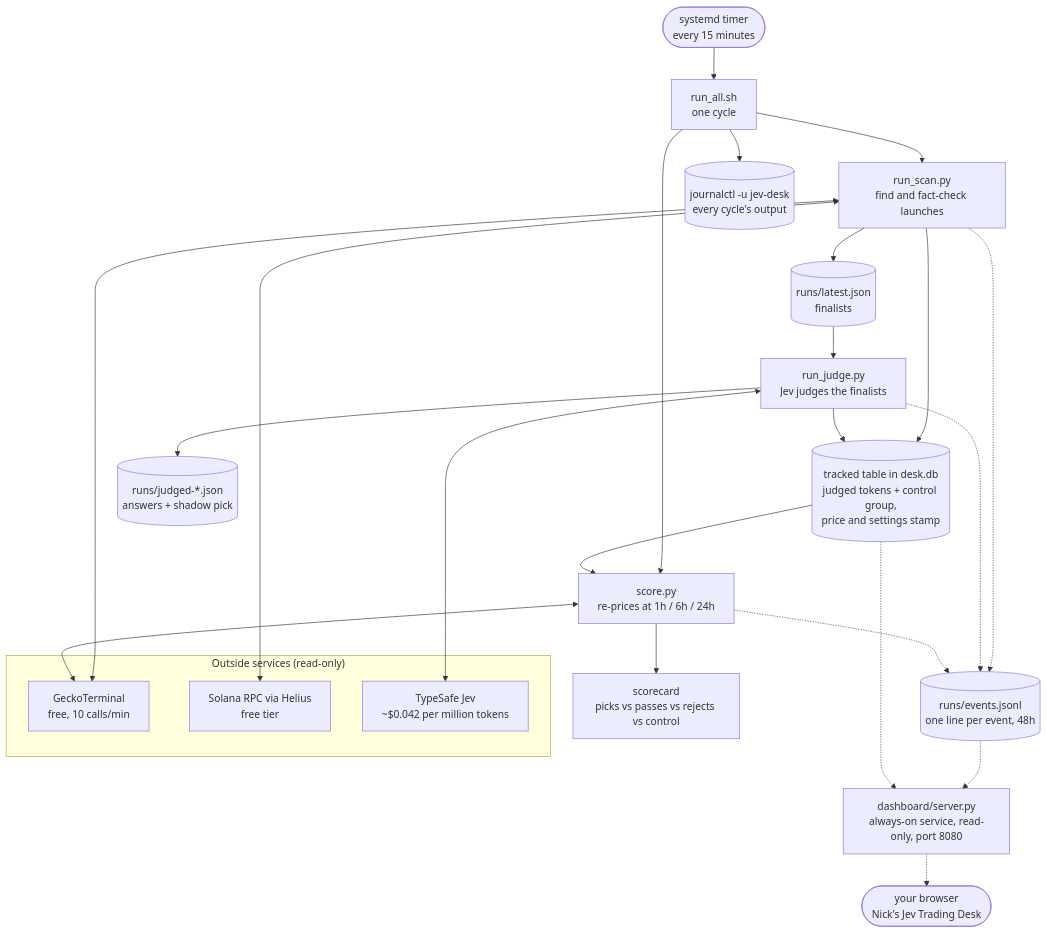
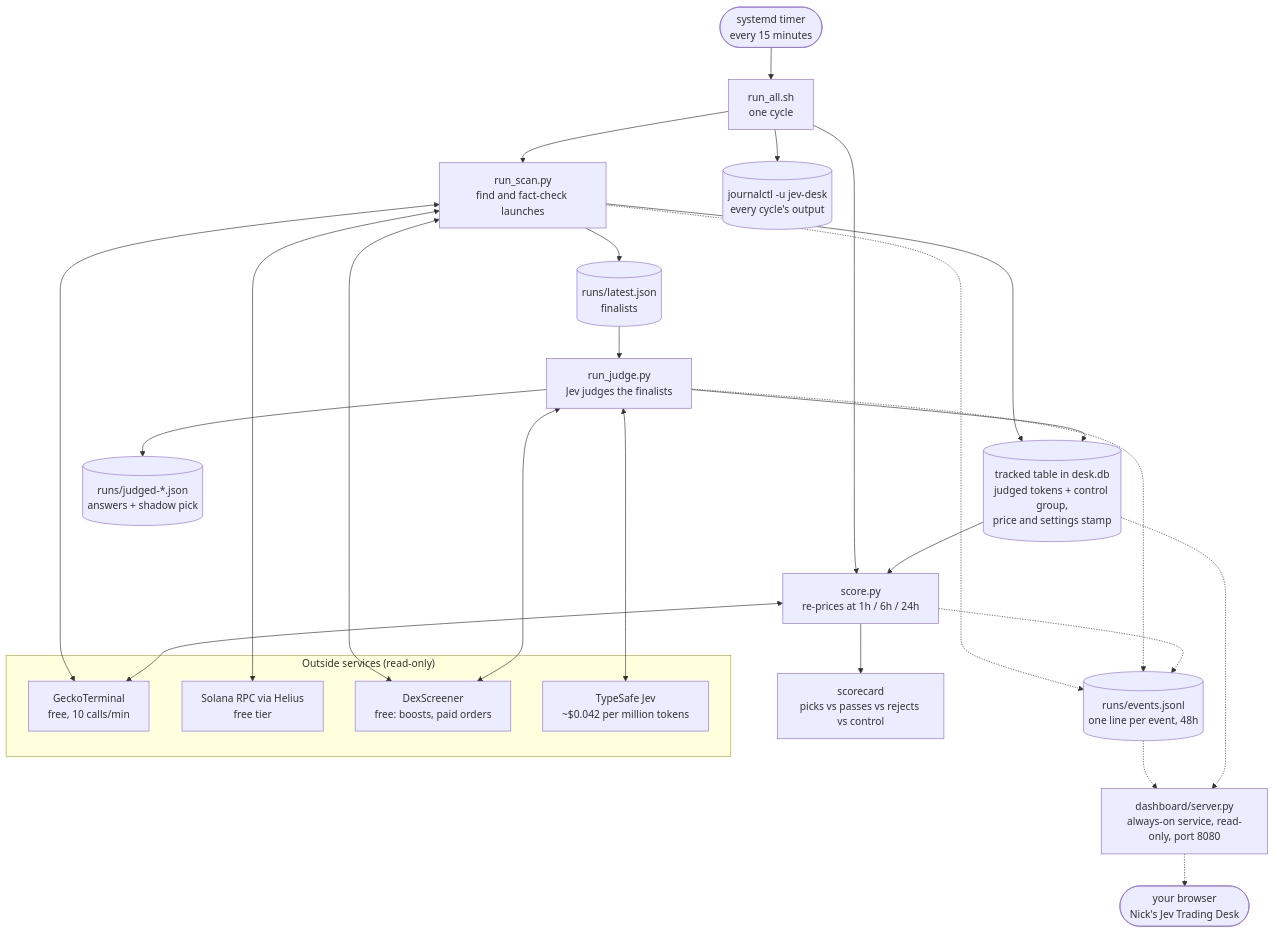
Before and after one commit to NickHammer/jev-desk: the first of 11 diagrams in ARCHITECTURE.md, drawn with Mermaid. The commit also changed other lines of this file and 10 other files, not shown here.

````diff
--- a/ARCHITECTURE.md
+++ b/ARCHITECTURE.md
@@ -11,30 +11,32 @@
 ```mermaid
 flowchart TD
     timer(["systemd timer<br/>every 15 minutes"])
     timer --> cycle["run_all.sh<br/>one cycle"]
     cycle --> scan["run_scan.py<br/>find and fact-check launches"]
     scan --> latest[("runs/latest.json<br/>finalists")]
     scan --> tracked
     latest --> judgeRun["run_judge.py<br/>Jev judges the finalists"]
     judgeRun --> judged[("runs/judged-*.json<br/>answers + shadow pick")]
     judgeRun --> tracked[("tracked table in desk.db<br/>judged tokens + control group,<br/>price and settings stamp")]
     cycle --> scoreRun["score.py<br/>re-prices at 1h / 6h / 24h"]
     tracked --> scoreRun
     scoreRun --> card["scorecard<br/>picks vs passes vs rejects vs control"]
     cycle --> logs[("journalctl -u jev-desk<br/>every cycle's output")]
     scan & judgeRun & scoreRun -.-> ev[("runs/events.jsonl<br/>one line per event, 48h")]
     ev -.-> dash["dashboard/server.py<br/>always-on service, read-only, port 8080"]
     tracked -.-> dash
     dash -.-> browser(["your browser<br/>Nick's Jev Trading Desk"])
 
     subgraph ext["Outside services (read-only)"]
         gt["GeckoTerminal<br/>free, 10 calls/min"]
         rpc["Solana RPC via Helius<br/>free tier"]
+        dsx["DexScreener<br/>free: boosts, paid orders"]
         jev["TypeSafe Jev<br/>~$0.042 per million tokens"]
     end
 
     scan <--> gt
     scan <--> rpc
+    scan & judgeRun <--> dsx
     judgeRun <--> jev
     scoreRun <--> gt
 ```
````
